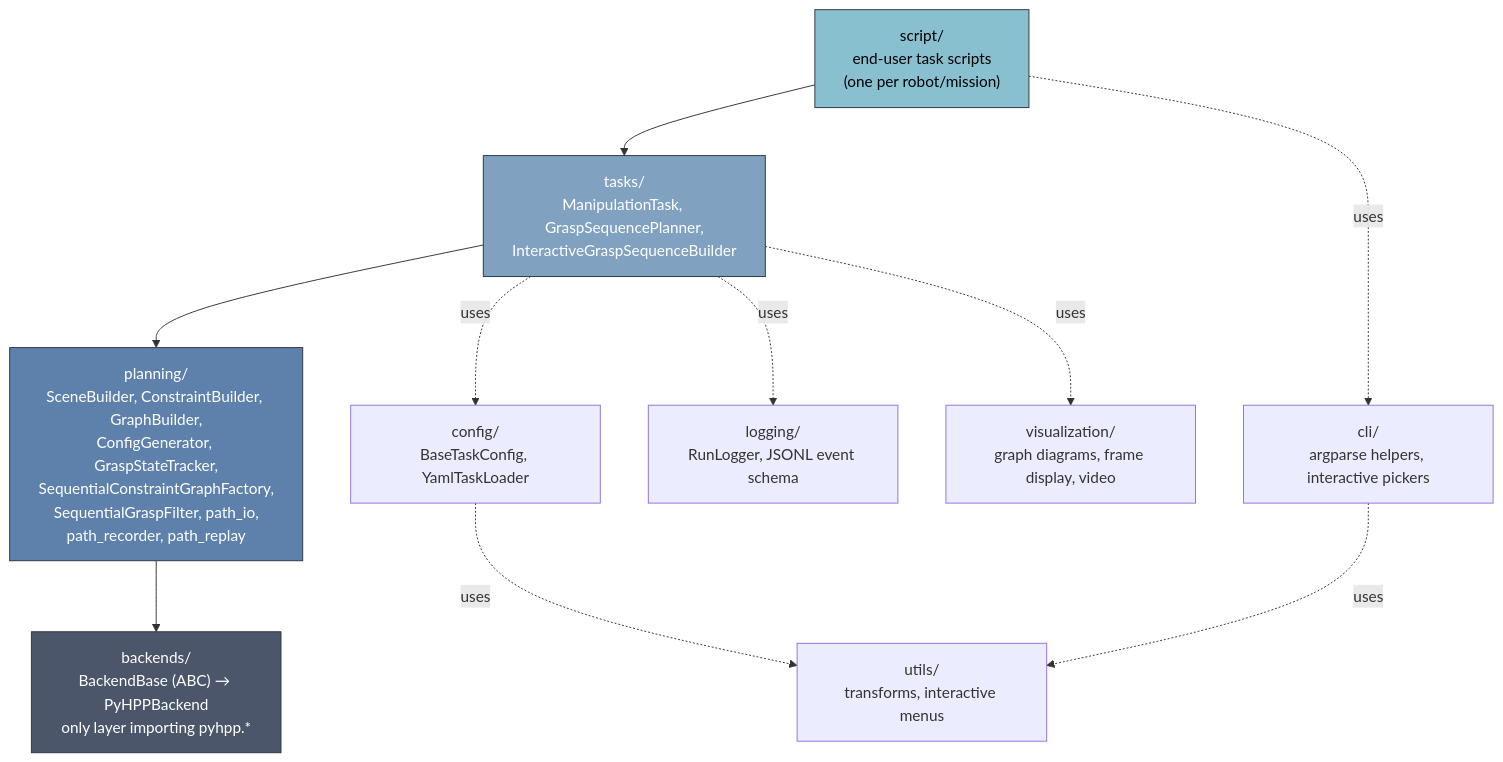
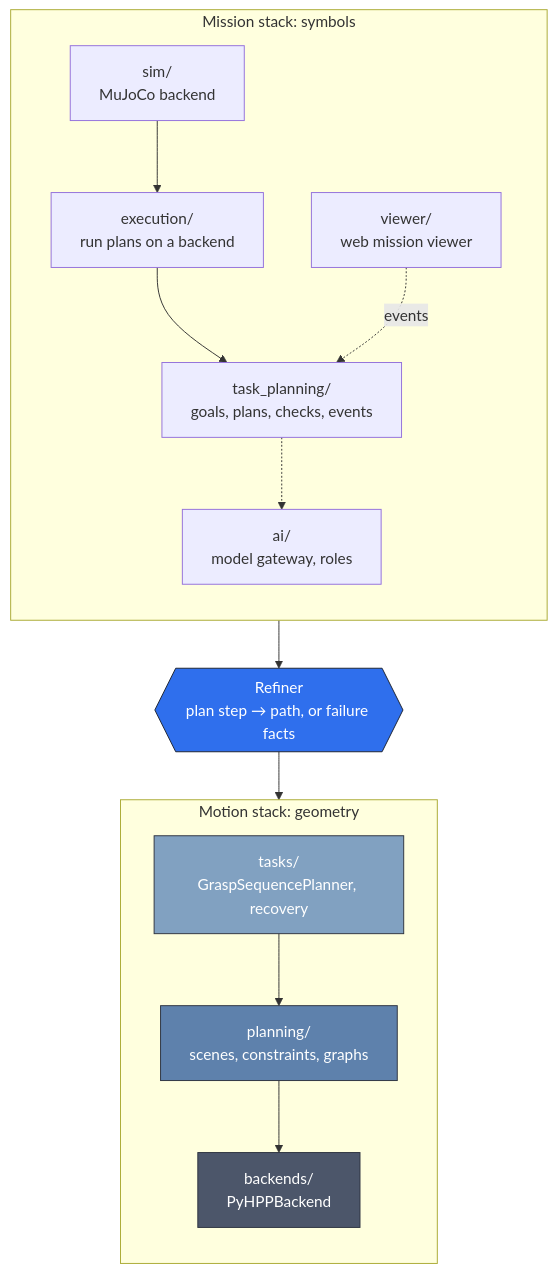
The second of 2 diagrams in README.md (thanhndv212/long-tamp), drawn with Mermaid before and after one commit. The commit also changed other lines of this file and 7 other files, not shown here.

First line of the commit message:
docs: move the architecture page into docs/ and rewrite it

````diff
--- a/README.md
+++ b/README.md
@@ -64,29 +80,30 @@
 ```mermaid
 flowchart TB
-    script["script/<br/>end-user task scripts<br/>(one per robot/mission)"]
-    tasks["tasks/<br/>ManipulationTask, GraspSequencePlanner,<br/>InteractiveGraspSequenceBuilder"]
-    planning["planning/<br/>SceneBuilder, ConstraintBuilder, GraphBuilder,<br/>ConfigGenerator, GraspStateTracker,<br/>SequentialConstraintGraphFactory,<br/>SequentialGraspFilter, path_io,<br/>path_recorder, path_replay"]
-    backends["backends/<br/>BackendBase (ABC) → PyHPPBackend<br/>only layer importing pyhpp.*"]
+    subgraph mission["Mission stack: symbols"]
+        direction TB
+        tp["task_planning/<br/>goals, plans, checks, events"]
+        execution["execution/<br/>run plans on a backend"]
+        ai["ai/<br/>model gateway, roles"]
+        sim["sim/<br/>MuJoCo backend"]
+        viewer["viewer/<br/>web mission viewer"]
+    end
+    refiner{{"Refiner<br/>plan step → path, or failure facts"}}
+    subgraph motion["Motion stack: geometry"]
+        direction TB
+        tasks["tasks/<br/>GraspSequencePlanner, recovery"]
+        planning["planning/<br/>scenes, constraints, graphs"]
+        backends["backends/<br/>PyHPPBackend"]
+    end
+    execution --> tp
+    tp -.-> ai
+    sim --> execution
+    viewer -. events .-> tp
+    tp --> refiner
+    refiner --> tasks
+    tasks --> planning --> backends
 
-    config["config/<br/>BaseTaskConfig, YamlTaskLoader"]
-    logging_["logging/<br/>RunLogger, JSONL event schema"]
-    viz["visualization/<br/>graph diagrams, frame display, video"]
-    utils["utils/<br/>transforms, interactive menus"]
-    cli["cli/<br/>argparse helpers, interactive pickers"]
-
-    script --> tasks
-    tasks --> planning
-    planning --> backends
-
-    tasks -.uses.-> config
-    tasks -.uses.-> logging_
-    tasks -.uses.-> viz
-    script -.uses.-> cli
-    cli -.uses.-> utils
-    config -.uses.-> utils
-
+    style refiner fill:#2f6fed,stroke:#1d2330,color:#fff
     style backends fill:#4c566a,stroke:#2e3440,color:#fff
     style planning fill:#5e81ac,stroke:#2e3440,color:#fff
     style tasks fill:#81a1c1,stroke:#2e3440,color:#fff
-    style script fill:#88c0d0,stroke:#2e3440,color:#000
 ```
````
